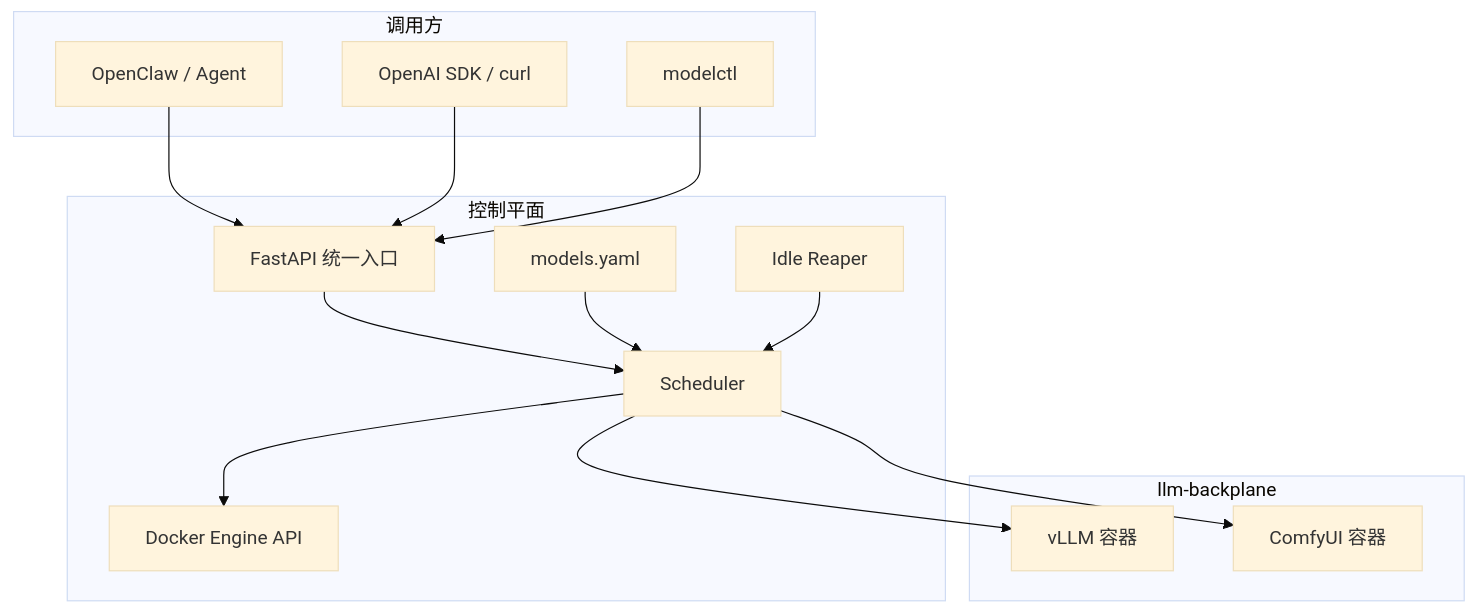
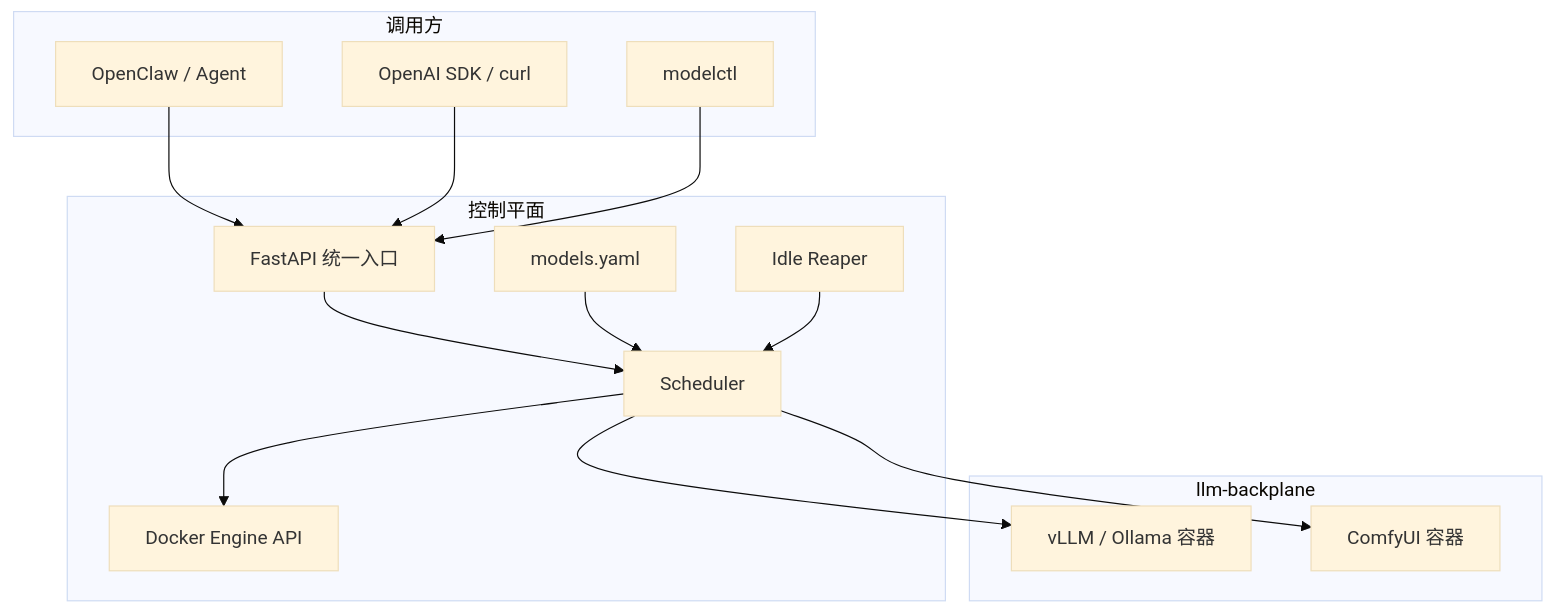
The first of 2 diagrams in docs/architecture.md (yiyang666/multimodal-dispatcher), drawn with Mermaid (base theme) before and after one commit. The commit also changed other lines of this file and 9 other files, not shown here.

````diff
--- a/docs/architecture.md
+++ b/docs/architecture.md
@@ -18,31 +18,31 @@
 ```mermaid
 flowchart TB
     subgraph Clients["调用方"]
         Agent["OpenClaw / Agent"]
         SDK["OpenAI SDK / curl"]
         CLI["modelctl"]
     end
 
     subgraph Control["控制平面"]
         API["FastAPI 统一入口"]
         Scheduler["Scheduler"]
         Registry["models.yaml"]
         Reaper["Idle Reaper"]
         DockerAPI["Docker Engine API"]
     end
 
     subgraph Backends["llm-backplane"]
-        Text["vLLM 容器"]
+        Text["vLLM / Ollama 容器"]
         Media["ComfyUI 容器"]
     end
 
     Agent --> API
     SDK --> API
     CLI --> API
     API --> Scheduler
     Registry --> Scheduler
     Reaper --> Scheduler
     Scheduler --> DockerAPI
     Scheduler --> Text
     Scheduler --> Media
 ```
````
